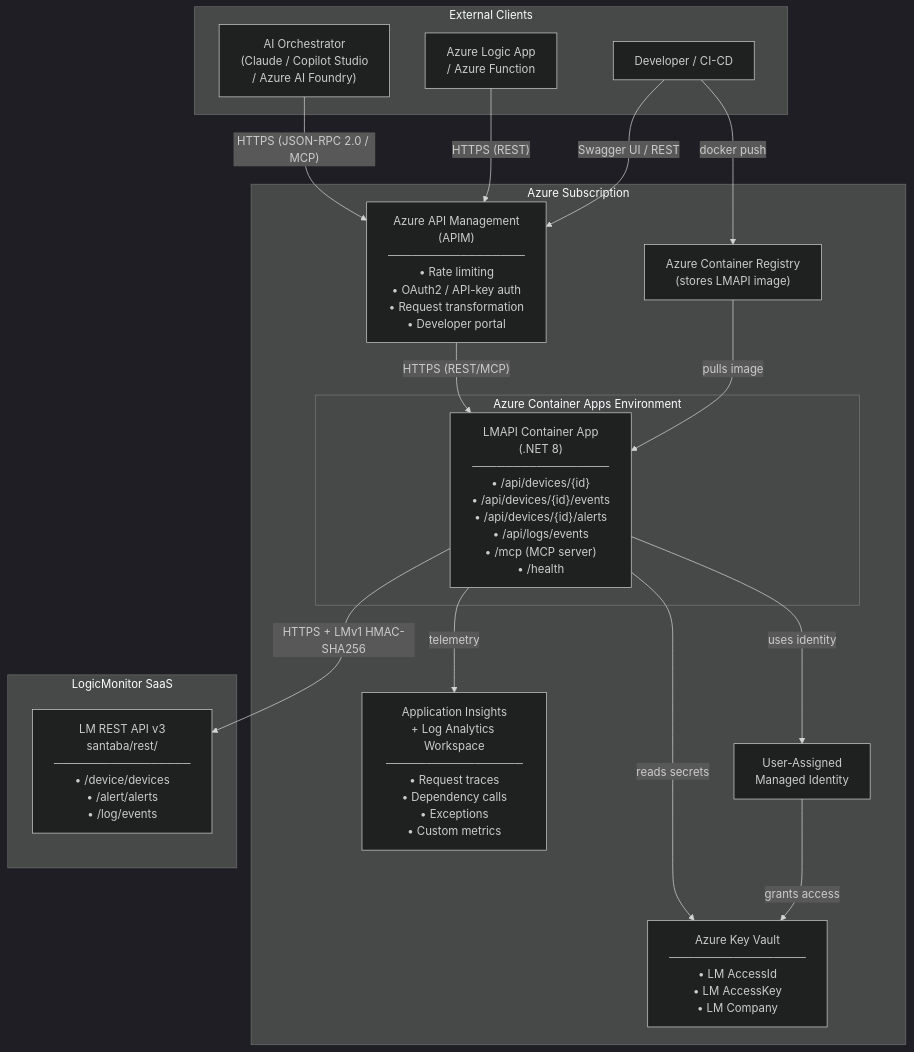
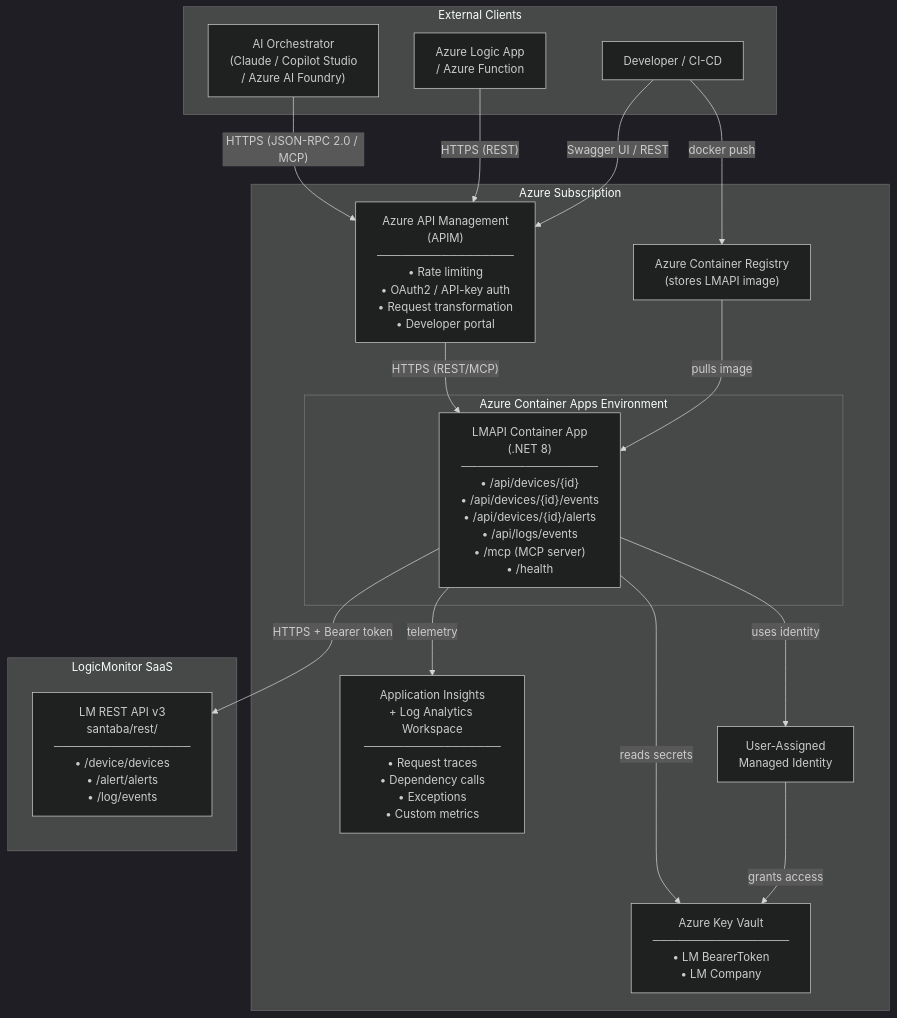
One commit to livesid44/LMAPI changed the first of 4 diagrams in docs/architecture.md. Above: the diagram before and after it, drawn with Mermaid (dark theme). The commit also changed other lines of this file and 9 other files, not shown here.

First line of the commit message:
Switch LogicMonitor auth from LMv1 HMAC-SHA256 to Bearer token

````diff
--- a/docs/architecture.md
+++ b/docs/architecture.md
@@ -15,40 +15,40 @@
 ```mermaid
 graph TB
     subgraph Internet["External Clients"]
         ORC["AI Orchestrator<br/>(Claude / Copilot Studio<br/>/ Azure AI Foundry)"]
         LA["Azure Logic App<br/>/ Azure Function"]
         DEV["Developer / CI-CD"]
     end
 
     subgraph Azure["Azure Subscription"]
         APIM["Azure API Management<br/>(APIM)<br/>─────────────────<br/>• Rate limiting<br/>• OAuth2 / API-key auth<br/>• Request transformation<br/>• Developer portal"]
 
         subgraph ACA["Azure Container Apps Environment"]
             APP["LMAPI Container App<br/>(.NET 8)<br/>─────────────────<br/>• /api/devices/{id}<br/>• /api/devices/{id}/events<br/>• /api/devices/{id}/alerts<br/>• /api/logs/events<br/>• /mcp  (MCP server)<br/>• /health"]
         end
 
-        KV["Azure Key Vault<br/>─────────────────<br/>• LM AccessId<br/>• LM AccessKey<br/>• LM Company"]
+        KV["Azure Key Vault<br/>─────────────────<br/>• LM BearerToken<br/>• LM Company"]
 
         AI["Application Insights<br/>+ Log Analytics Workspace<br/>─────────────────<br/>• Request traces<br/>• Dependency calls<br/>• Exceptions<br/>• Custom metrics"]
 
         MI["User-Assigned<br/>Managed Identity"]
 
         ACR["Azure Container Registry<br/>(stores LMAPI image)"]
     end
 
     subgraph LM["LogicMonitor SaaS"]
         LMAPI_EXT["LM REST API v3<br/>santaba/rest/<br/>─────────────────<br/>• /device/devices<br/>• /alert/alerts<br/>• /log/events"]
     end
 
     ORC -- "HTTPS (JSON-RPC 2.0 / MCP)" --> APIM
     LA  -- "HTTPS (REST)"               --> APIM
     DEV -- "Swagger UI / REST"          --> APIM
     APIM -- "HTTPS (REST/MCP)"          --> APP
-    APP  -- "HTTPS + LMv1 HMAC-SHA256"  --> LMAPI_EXT
+    APP  -- "HTTPS + Bearer token"          --> LMAPI_EXT
     APP  -- "reads secrets"             --> KV
     APP  -- "telemetry"                 --> AI
     MI   -- "grants access"             --> KV
     APP  -- "uses identity"             --> MI
     DEV  -- "docker push"               --> ACR
     ACR  -- "pulls image"               --> APP
 ```
````
